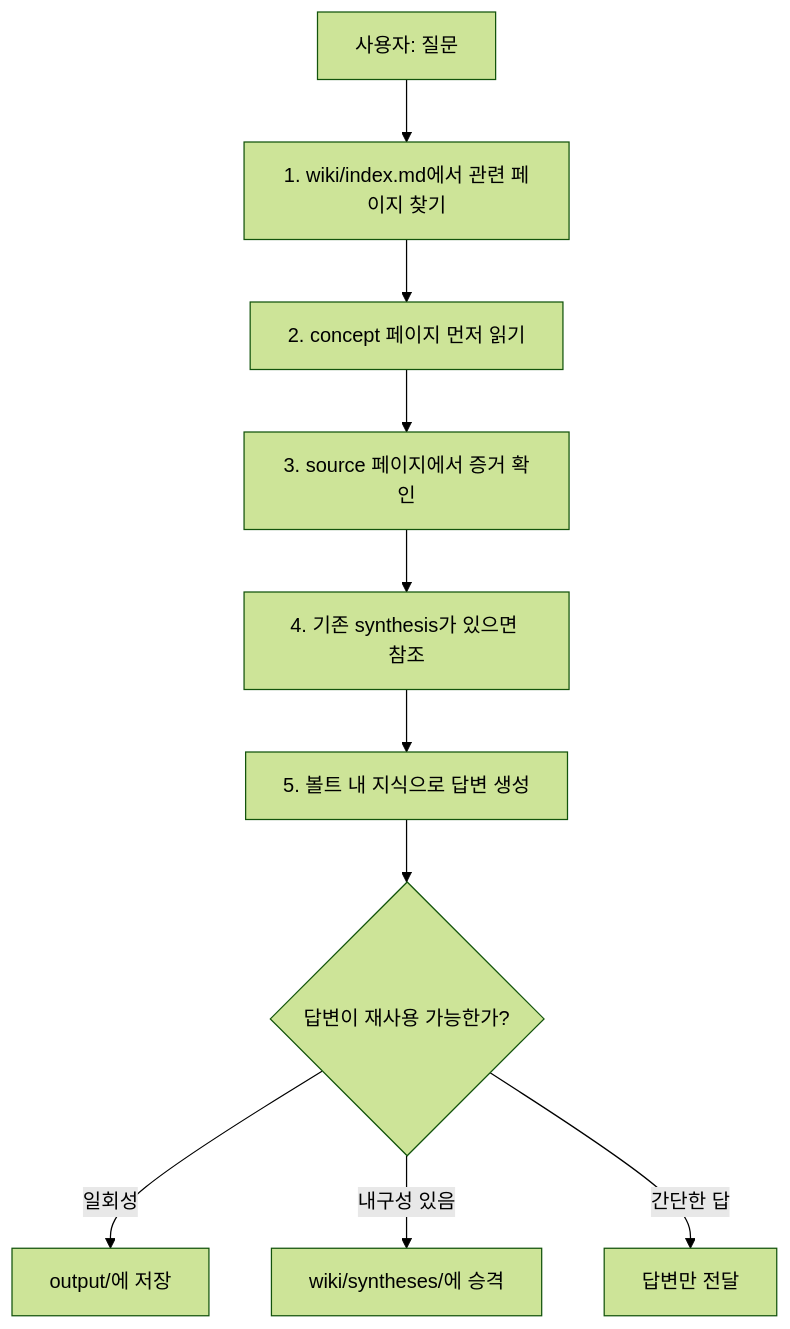
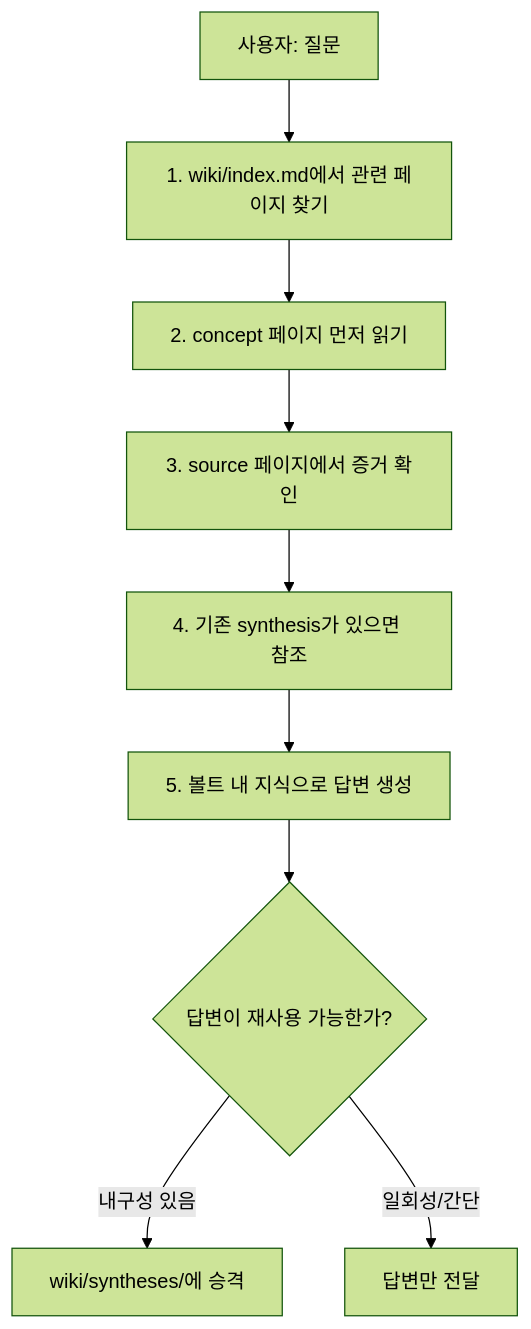
Before and after one commit to bjw202/Vault: the fifth of 10 diagrams in docs/vault-system-guide.md, drawn with Mermaid (forest theme). The commit also changed other lines of this file and 3 other files, not shown here.

````diff
--- a/docs/vault-system-guide.md
+++ b/docs/vault-system-guide.md
@@ -210,13 +205,12 @@
 ```mermaid
 flowchart TB
     Q["사용자: 질문"] --> IDX["1. wiki/index.md에서 관련 페이지 찾기"]
     IDX --> CONCEPT["2. concept 페이지 먼저 읽기"]
     CONCEPT --> SOURCE["3. source 페이지에서 증거 확인"]
     SOURCE --> SYNTH["4. 기존 synthesis가 있으면 참조"]
     SYNTH --> ANSWER["5. 볼트 내 지식으로 답변 생성"]
 
     ANSWER --> DECIDE{"답변이 재사용 가능한가?"}
-    DECIDE -->|"일회성"| OUTPUT["output/에 저장"]
     DECIDE -->|"내구성 있음"| PROMOTE["wiki/syntheses/에 승격"]
-    DECIDE -->|"간단한 답"| DONE["답변만 전달"]
+    DECIDE -->|"일회성/간단"| DONE["답변만 전달"]
 ```
````
